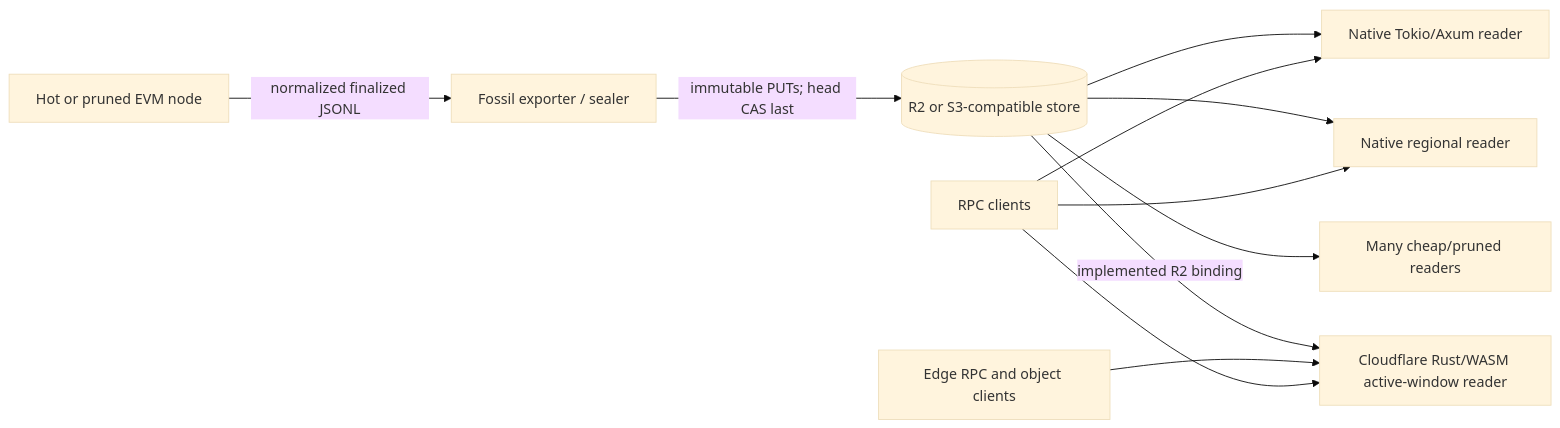
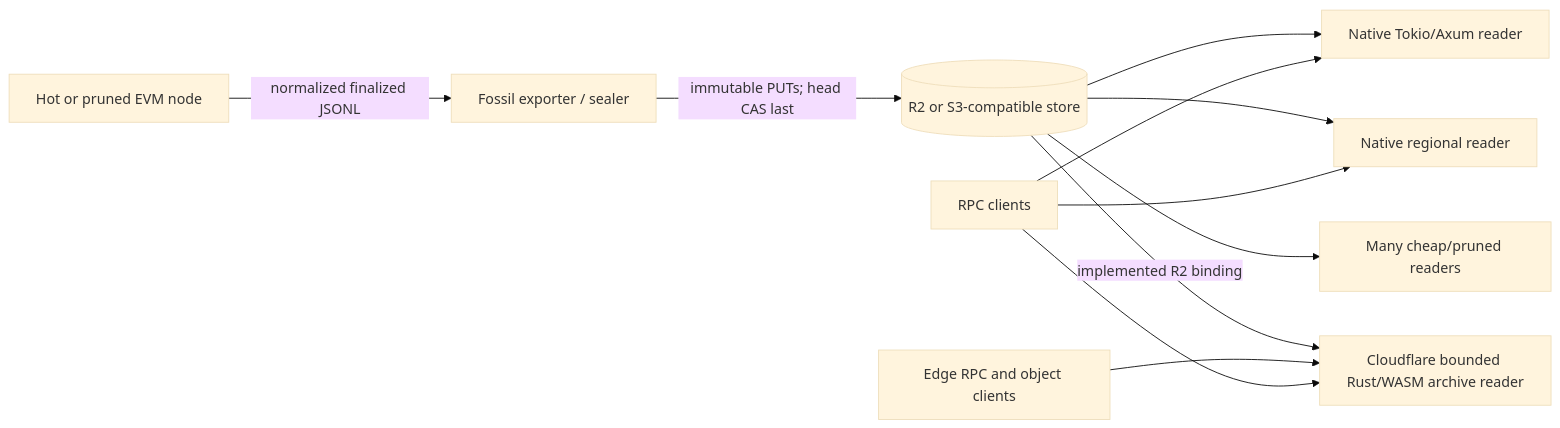
Before and after one commit to BrianBland/fossil: the first of 3 diagrams in docs/architecture.md, drawn with Mermaid (base theme). The commit also changed other lines of this file and 14 other files, not shown here.

````diff
--- a/docs/architecture.md
+++ b/docs/architecture.md
@@ -9,13 +9,13 @@
 ```mermaid
 flowchart LR
     N[Hot or pruned EVM node] -->|normalized finalized JSONL| E[Fossil exporter / sealer]
     E -->|immutable PUTs; head CAS last| O[(R2 or S3-compatible store)]
     O --> R1[Native Tokio/Axum reader]
     O --> R2[Native regional reader]
     O --> RN[Many cheap/pruned readers]
-    O -->|implemented R2 binding| W[Cloudflare Rust/WASM active-window reader]
+    O -->|implemented R2 binding| W[Cloudflare bounded Rust/WASM archive reader]
     EC[Edge RPC and object clients] --> W
     C[RPC clients] --> R1
     C --> R2
     C --> W
 ```
````
